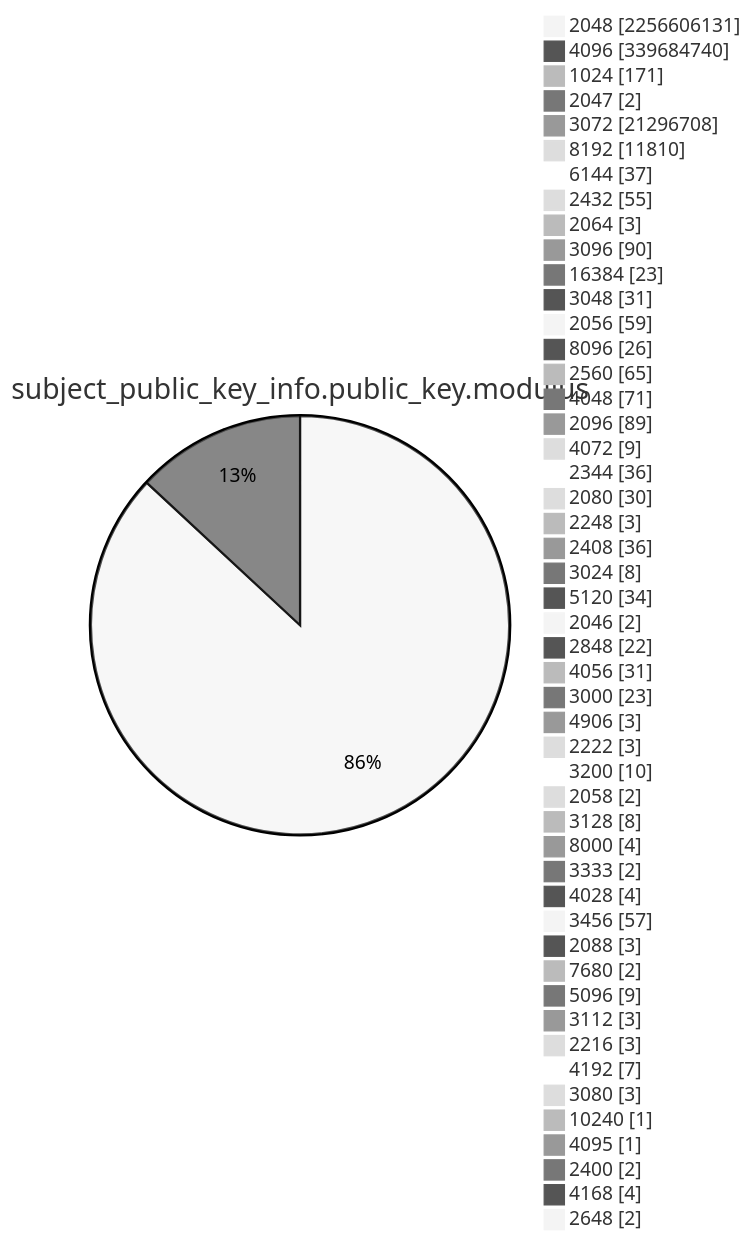
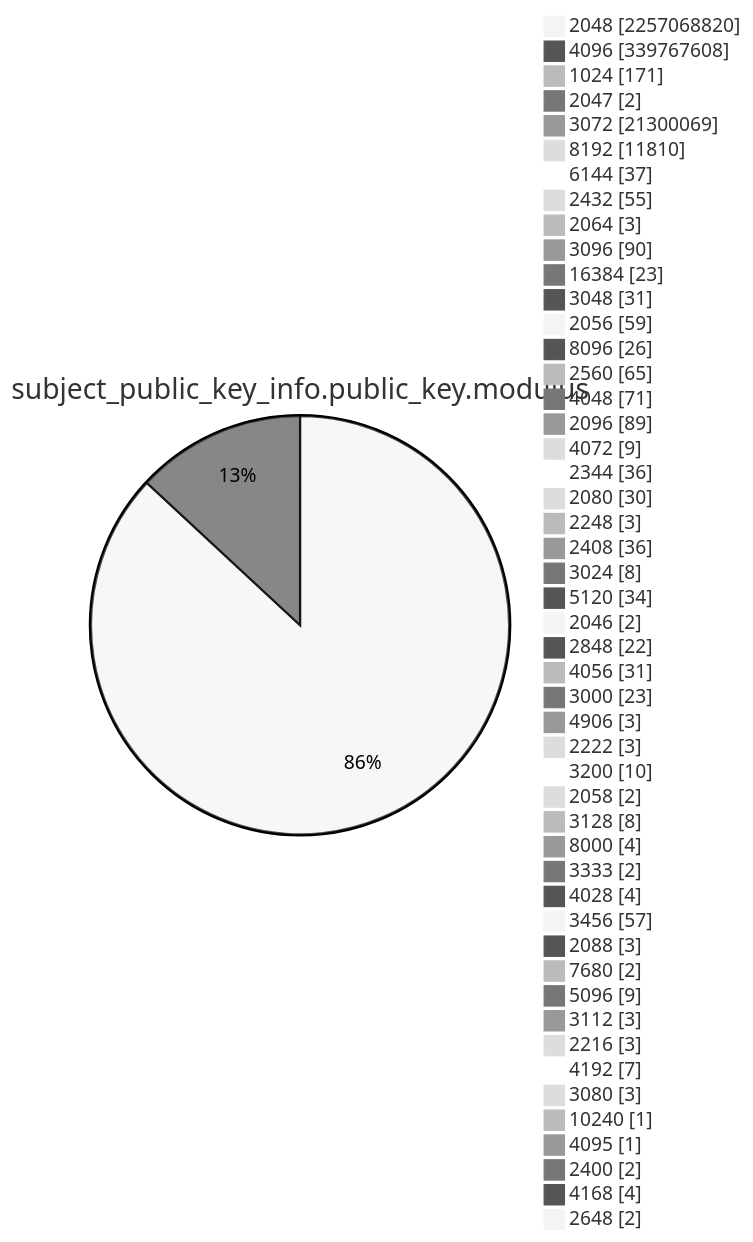
Before and after one commit to christiankrug/ctmonitor_visualization: diagram 13 of 15 in TOTAL/README.md, drawn with Mermaid (neutral theme). The commit also changed other lines of this file, not shown here.

````diff
--- a/TOTAL/README.md
+++ b/TOTAL/README.md
@@ -4166,53 +4166,53 @@
 ```mermaid
 pie showData
 title subject_public_key_info.public_key.modulus
-"2048" :2256606131
-"4096" :339684740
+"2048" :2257068820
+"4096" :339767608
 "1024" :171
 "2047" :2
-"3072" :21296708
+"3072" :21300069
 "8192" :11810
 "6144" :37
 "2432" :55
 "2064" :3
 "3096" :90
 "16384" :23
 "3048" :31
 "2056" :59
 "8096" :26
 "2560" :65
 "4048" :71
 "2096" :89
 "4072" :9
 "2344" :36
 "2080" :30
 "2248" :3
 "2408" :36
 "3024" :8
 "5120" :34
 "2046" :2
 "2848" :22
 "4056" :31
 "3000" :23
 "4906" :3
 "2222" :3
 "3200" :10
 "2058" :2
 "3128" :8
 "8000" :4
 "3333" :2
 "4028" :4
 "3456" :57
 "2088" :3
 "7680" :2
 "5096" :9
 "3112" :3
 "2216" :3
 "4192" :7
 "3080" :3
 "10240" :1
 "4095" :1
 "2400" :2
 "4168" :4
 "2648" :2
 ```
````
